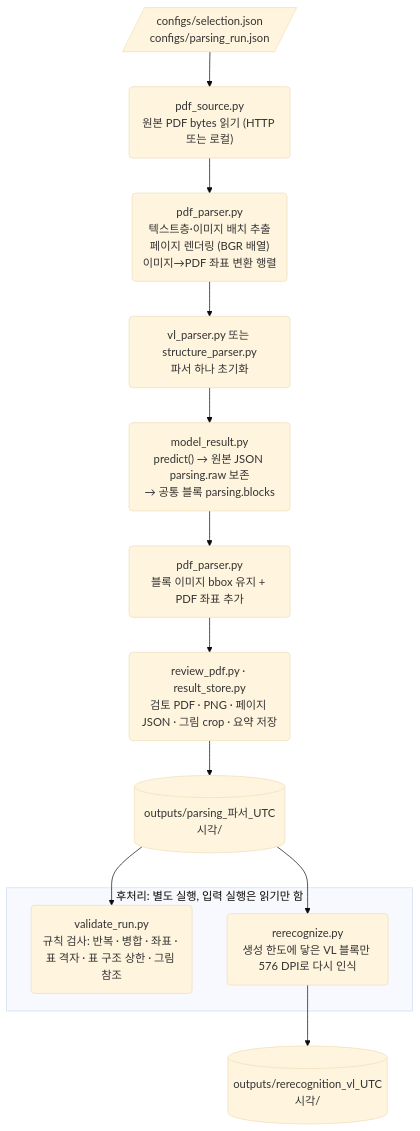
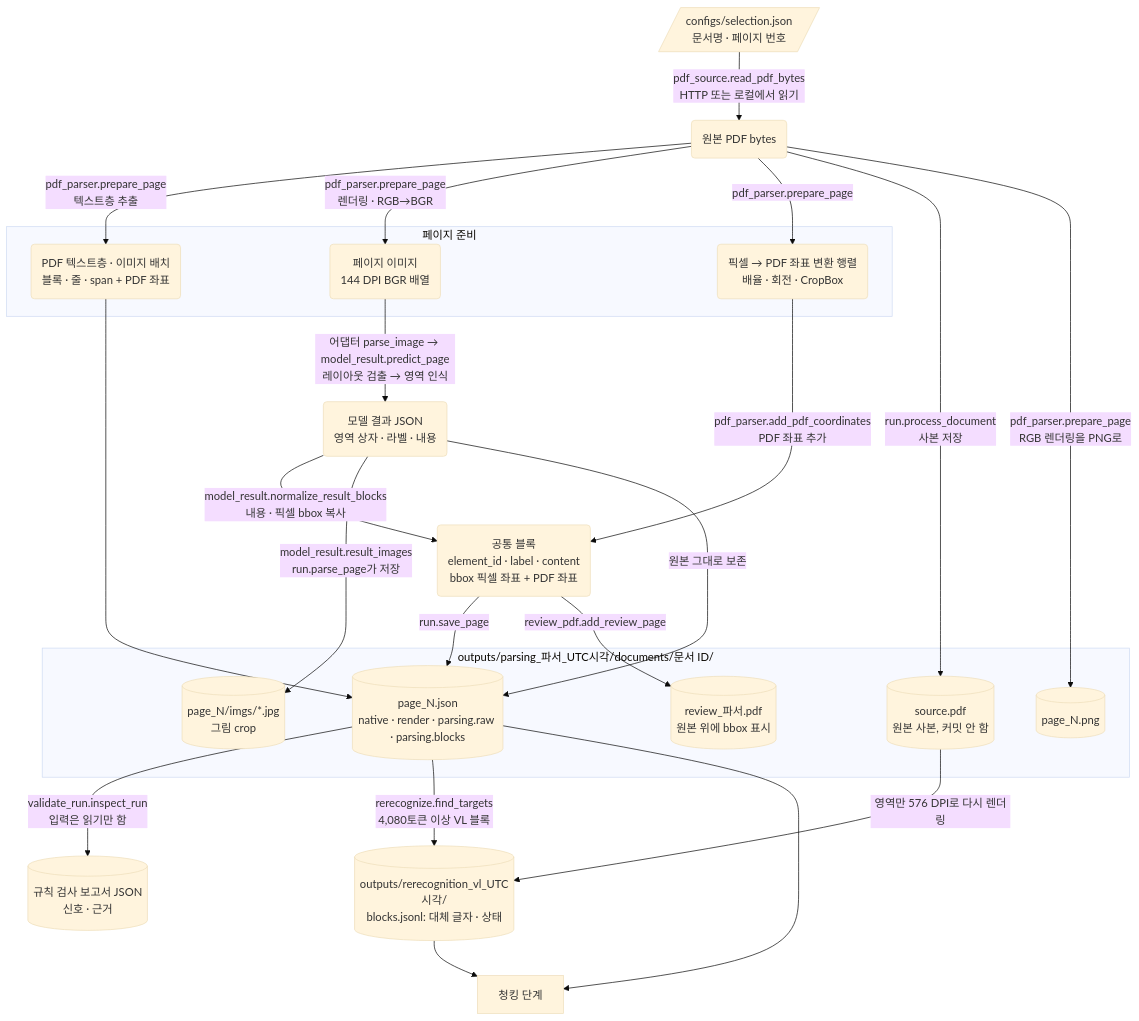
Before and after one commit to LeF-0213/MMDocIR_Multimodal_RAG: the diagram in docs/parsing/README.md, drawn with Mermaid (base theme). The commit also changed other lines of this file and 6 other files, not shown here.

````diff
--- a/docs/parsing/README.md
+++ b/docs/parsing/README.md
@@ -21,20 +25,47 @@
 ```mermaid
 flowchart TD
-    CFG[/"configs/selection.json<br/>configs/parsing_run.json"/]
-    SRC("pdf_source.py<br/>원본 PDF bytes 읽기 (HTTP 또는 로컬)")
-    PREP("pdf_parser.py<br/>텍스트층·이미지 배치 추출<br/>페이지 렌더링 (BGR 배열)<br/>이미지→PDF 좌표 변환 행렬")
-    ADP("vl_parser.py 또는 structure_parser.py<br/>파서 하나 초기화")
-    RES("model_result.py<br/>predict() → 원본 JSON parsing.raw 보존<br/>→ 공통 블록 parsing.blocks")
-    COORD("pdf_parser.py<br/>블록 이미지 bbox 유지 + PDF 좌표 추가")
-    STORE("review_pdf.py · result_store.py<br/>검토 PDF · PNG · 페이지 JSON · 그림 crop · 요약 저장")
-    OUT[("outputs/parsing_파서_UTC시각/")]
+    SEL[/"configs/selection.json<br/>문서명 · 페이지 번호"/]
+    PDF("원본 PDF bytes")
 
-    CFG --> SRC --> PREP --> ADP --> RES --> COORD --> STORE --> OUT
+    subgraph PREP["페이지 준비"]
+        NATIVE("PDF 텍스트층 · 이미지 배치<br/>블록 · 줄 · span + PDF 좌표")
+        IMG("페이지 이미지<br/>144 DPI BGR 배열")
+        MAT("픽셀 → PDF 좌표 변환 행렬<br/>배율 · 회전 · CropBox")
+    end
 
-    subgraph POST["후처리: 별도 실행, 입력 실행은 읽기만 함"]
-        VAL("validate_run.py<br/>규칙 검사: 반복 · 병합 · 좌표 · 표 격자 · 표 구조 상한 · 그림 참조")
-        RER("rerecognize.py<br/>생성 한도에 닿은 VL 블록만 576 DPI로 다시 인식")
+    RAW("모델 결과 JSON<br/>영역 상자 · 라벨 · 내용")
+    BLOCKS("공통 블록<br/>element_id · label · content<br/>bbox 픽셀 좌표 + PDF 좌표")
+
+    subgraph RUN["outputs/parsing_파서_UTC시각/documents/문서 ID/"]
+        SRCPDF[("source.pdf<br/>원본 사본, 커밋 안 함")]
+        PNG[("page_N.png")]
+        PJSON[("page_N.json<br/>native · render · parsing.raw · parsing.blocks")]
+        CROPS[("page_N/imgs/*.jpg<br/>그림 crop")]
+        REVIEW[("review_파서.pdf<br/>원본 위에 bbox 표시")]
     end
-    OUT --> VAL
-    OUT --> RER --> REOUT[("outputs/rerecognition_vl_UTC시각/")]
+
+    REPORT[("규칙 검사 보고서 JSON<br/>신호 · 근거")]
+    REREC[("outputs/rerecognition_vl_UTC시각/<br/>blocks.jsonl: 대체 글자 · 상태")]
+    CHUNK["청킹 단계"]
+
+    SEL -->|"pdf_source.read_pdf_bytes<br/>HTTP 또는 로컬에서 읽기"| PDF
+    PDF -->|"pdf_parser.prepare_page<br/>텍스트층 추출"| NATIVE
+    PDF -->|"pdf_parser.prepare_page<br/>렌더링 · RGB→BGR"| IMG
+    PDF -->|"pdf_parser.prepare_page"| MAT
+    PDF -->|"run.process_document<br/>사본 저장"| SRCPDF
+    PDF -->|"pdf_parser.prepare_page<br/>RGB 렌더링을 PNG로"| PNG
+    IMG -->|"어댑터 parse_image → model_result.predict_page<br/>레이아웃 검출 → 영역 인식"| RAW
+    RAW -->|"model_result.normalize_result_blocks<br/>내용 · 픽셀 bbox 복사"| BLOCKS
+    MAT -->|"pdf_parser.add_pdf_coordinates<br/>PDF 좌표 추가"| BLOCKS
+    RAW -->|"model_result.result_images<br/>run.parse_page가 저장"| CROPS
+    NATIVE --> PJSON
+    RAW -->|"원본 그대로 보존"| PJSON
+    BLOCKS -->|"run.save_page"| PJSON
+    BLOCKS -->|"review_pdf.add_review_page"| REVIEW
+
+    PJSON -->|"validate_run.inspect_run<br/>입력은 읽기만 함"| REPORT
+    PJSON -->|"rerecognize.find_targets<br/>4,080토큰 이상 VL 블록"| REREC
+    SRCPDF -->|"영역만 576 DPI로 다시 렌더링"| REREC
+    PJSON --> CHUNK
+    REREC --> CHUNK
 ```
````
